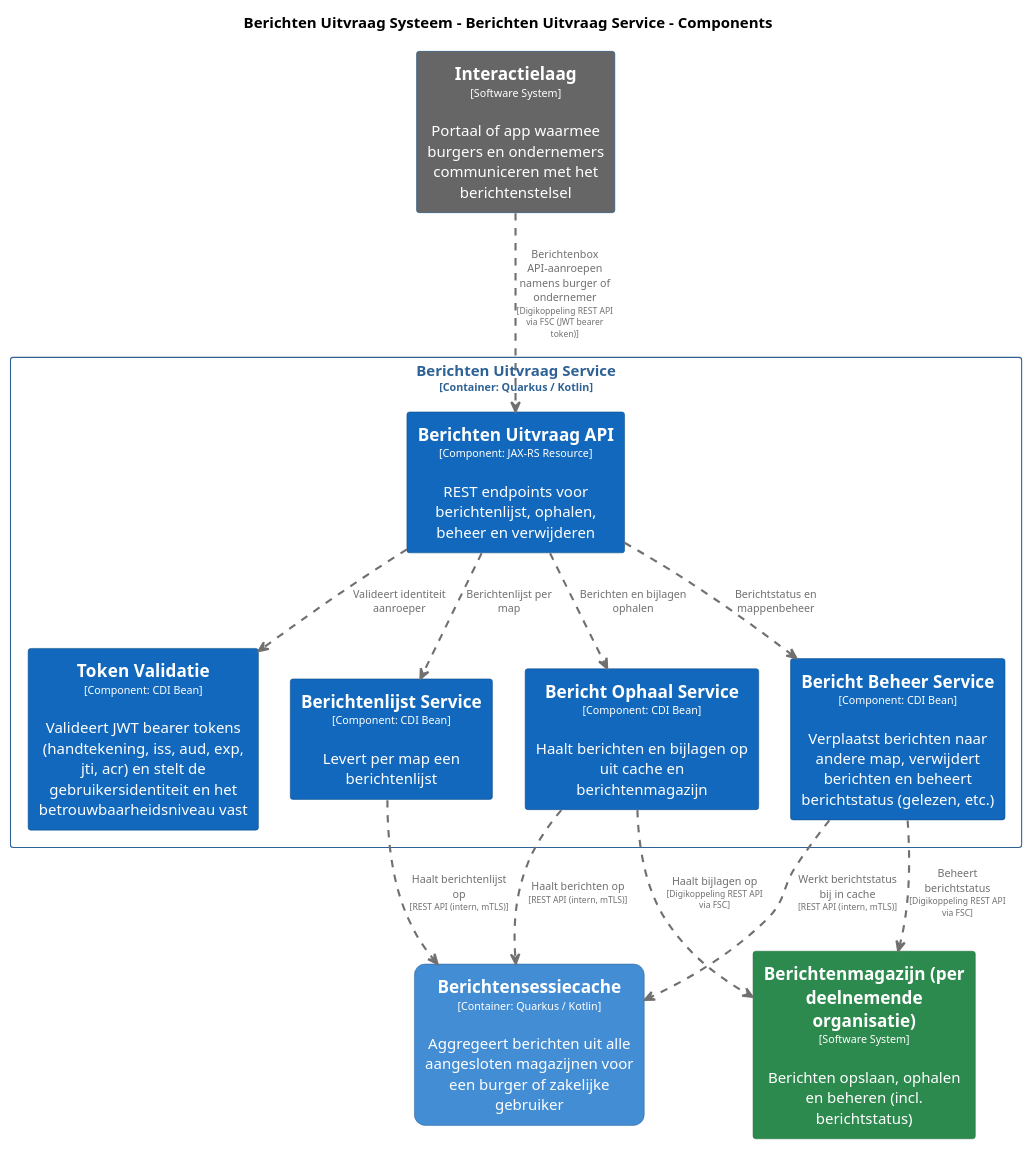
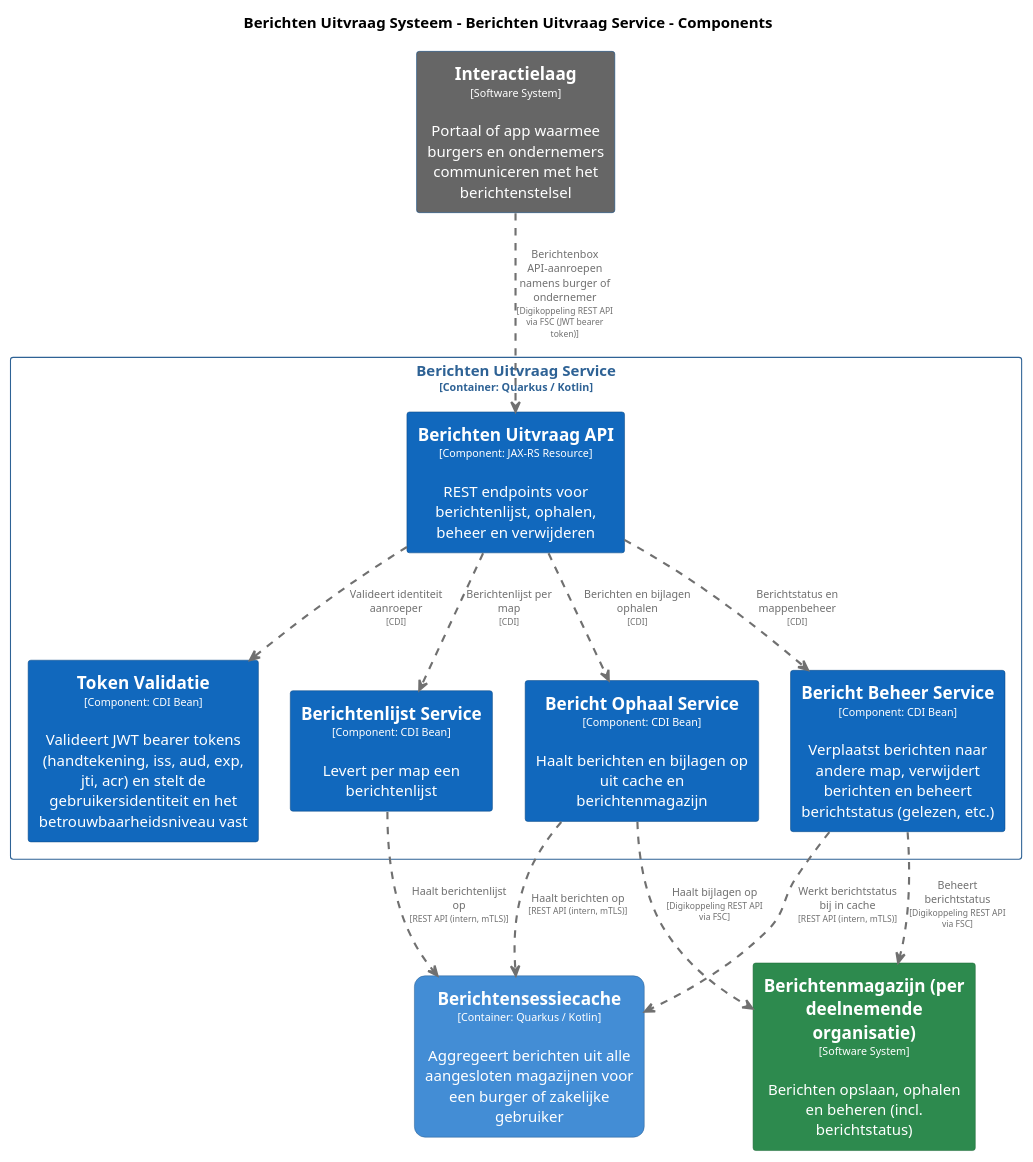
One commit to MinBZK/moza-poc-fbs-berichtenbox changed the diagram in pr-preview/pr-22/master/puml/BerichtenUitvraagServiceComponenten.puml. Above: the diagram before and after it, drawn with PlantUML. The commit also changed 30 other files, not shown here.

```diff
--- a/pr-preview/pr-22/master/puml/BerichtenUitvraagServiceComponenten.puml
+++ b/pr-preview/pr-22/master/puml/BerichtenUitvraagServiceComponenten.puml
@@ -1,95 +1,95 @@
 @startuml
 set separator none
 title Berichten Uitvraag Systeem - Berichten Uitvraag Service - Components
 
 top to bottom direction
 skinparam ranksep 60
 skinparam nodesep 30
 
 skinparam {
   arrowFontSize 10
   defaultTextAlignment center
   wrapWidth 200
   maxMessageSize 100
 }
 
 hide stereotype
 
 skinparam rectangle<<BerichtenUitvraagSysteem.BerichtenUitvraagService.BerichtBeheerService>> {
   BackgroundColor #1168bd
   FontColor #ffffff
   BorderColor #0b4884
   shadowing false
 }
 skinparam rectangle<<BerichtenUitvraagSysteem.BerichtenUitvraagService.BerichtOphaalService>> {
   BackgroundColor #1168bd
   FontColor #ffffff
   BorderColor #0b4884
   shadowing false
 }
 skinparam rectangle<<BerichtenUitvraagSysteem.BerichtenUitvraagService.BerichtenUitvraagAPI>> {
   BackgroundColor #1168bd
   FontColor #ffffff
   BorderColor #0b4884
   shadowing false
 }
 skinparam rectangle<<BerichtenUitvraagSysteem.BerichtenUitvraagService.BerichtenlijstService>> {
   BackgroundColor #1168bd
   FontColor #ffffff
   BorderColor #0b4884
   shadowing false
 }
 skinparam rectangle<<Berichtenmagazijnperdeelnemendeorganisatie>> {
   BackgroundColor #2d8a4e
   FontColor #ffffff
   BorderColor #1e6b38
   shadowing false
 }
 skinparam rectangle<<BerichtenUitvraagSysteem.Berichtensessiecache>> {
   BackgroundColor #438dd5
   FontColor #ffffff
   BorderColor #2e6295
   roundCorner 20
   shadowing false
 }
 skinparam rectangle<<Interactielaag>> {
   BackgroundColor #666666
   FontColor #ffffff
   BorderColor #0b4884
   shadowing false
 }
 skinparam rectangle<<BerichtenUitvraagSysteem.BerichtenUitvraagService.TokenValidatie>> {
   BackgroundColor #1168bd
   FontColor #ffffff
   BorderColor #0b4884
   shadowing false
 }
 skinparam rectangle<<BerichtenUitvraagSysteem.BerichtenUitvraagService>> {
   BorderColor #2e6295
   FontColor #2e6295
   shadowing false
 }
 
 rectangle "==Interactielaag\n<size:10>[Software System]</size>\n\nPortaal of app waarmee burgers en ondernemers communiceren met het berichtenstelsel" <<Interactielaag>> as Interactielaag
 rectangle "==Berichtenmagazijn (per deelnemende organisatie)\n<size:10>[Software System]</size>\n\nBerichten opslaan, ophalen en beheren (incl. berichtstatus)" <<Berichtenmagazijnperdeelnemendeorganisatie>> as Berichtenmagazijnperdeelnemendeorganisatie
 rectangle "==Berichtensessiecache\n<size:10>[Container: Quarkus / Kotlin]</size>\n\nAggregeert berichten uit alle aangesloten magazijnen voor een burger of zakelijke gebruiker" <<BerichtenUitvraagSysteem.Berichtensessiecache>> as BerichtenUitvraagSysteem.Berichtensessiecache
 
 rectangle "Berichten Uitvraag Service\n<size:10>[Container: Quarkus / Kotlin]</size>" <<BerichtenUitvraagSysteem.BerichtenUitvraagService>> {
   rectangle "==Berichten Uitvraag API\n<size:10>[Component: JAX-RS Resource]</size>\n\nREST endpoints voor berichtenlijst, ophalen, beheer en verwijderen" <<BerichtenUitvraagSysteem.BerichtenUitvraagService.BerichtenUitvraagAPI>> as BerichtenUitvraagSysteem.BerichtenUitvraagService.BerichtenUitvraagAPI
   rectangle "==Token Validatie\n<size:10>[Component: CDI Bean]</size>\n\nValideert JWT bearer tokens (handtekening, iss, aud, exp, jti, acr) en stelt de gebruikersidentiteit en het betrouwbaarheidsniveau vast" <<BerichtenUitvraagSysteem.BerichtenUitvraagService.TokenValidatie>> as BerichtenUitvraagSysteem.BerichtenUitvraagService.TokenValidatie
   rectangle "==Berichtenlijst Service\n<size:10>[Component: CDI Bean]</size>\n\nLevert per map een berichtenlijst" <<BerichtenUitvraagSysteem.BerichtenUitvraagService.BerichtenlijstService>> as BerichtenUitvraagSysteem.BerichtenUitvraagService.BerichtenlijstService
   rectangle "==Bericht Ophaal Service\n<size:10>[Component: CDI Bean]</size>\n\nHaalt berichten en bijlagen op uit cache en berichtenmagazijn" <<BerichtenUitvraagSysteem.BerichtenUitvraagService.BerichtOphaalService>> as BerichtenUitvraagSysteem.BerichtenUitvraagService.BerichtOphaalService
   rectangle "==Bericht Beheer Service\n<size:10>[Component: CDI Bean]</size>\n\nVerplaatst berichten naar andere map, verwijdert berichten en beheert berichtstatus (gelezen, etc.)" <<BerichtenUitvraagSysteem.BerichtenUitvraagService.BerichtBeheerService>> as BerichtenUitvraagSysteem.BerichtenUitvraagService.BerichtBeheerService
 }
 
-BerichtenUitvraagSysteem.BerichtenUitvraagService.BerichtenUitvraagAPI .[#707070,thickness=2].> BerichtenUitvraagSysteem.BerichtenUitvraagService.TokenValidatie : "<color:#707070>Valideert identiteit aanroeper"
-BerichtenUitvraagSysteem.BerichtenUitvraagService.BerichtenUitvraagAPI .[#707070,thickness=2].> BerichtenUitvraagSysteem.BerichtenUitvraagService.BerichtenlijstService : "<color:#707070>Berichtenlijst per map"
-BerichtenUitvraagSysteem.BerichtenUitvraagService.BerichtenUitvraagAPI .[#707070,thickness=2].> BerichtenUitvraagSysteem.BerichtenUitvraagService.BerichtOphaalService : "<color:#707070>Berichten en bijlagen ophalen"
-BerichtenUitvraagSysteem.BerichtenUitvraagService.BerichtenUitvraagAPI .[#707070,thickness=2].> BerichtenUitvraagSysteem.BerichtenUitvraagService.BerichtBeheerService : "<color:#707070>Berichtstatus en mappenbeheer"
+BerichtenUitvraagSysteem.BerichtenUitvraagService.BerichtenUitvraagAPI .[#707070,thickness=2].> BerichtenUitvraagSysteem.BerichtenUitvraagService.TokenValidatie : "<color:#707070>Valideert identiteit aanroeper\n<color:#707070><size:8>[CDI]</size>"
+BerichtenUitvraagSysteem.BerichtenUitvraagService.BerichtenUitvraagAPI .[#707070,thickness=2].> BerichtenUitvraagSysteem.BerichtenUitvraagService.BerichtenlijstService : "<color:#707070>Berichtenlijst per map\n<color:#707070><size:8>[CDI]</size>"
+BerichtenUitvraagSysteem.BerichtenUitvraagService.BerichtenUitvraagAPI .[#707070,thickness=2].> BerichtenUitvraagSysteem.BerichtenUitvraagService.BerichtOphaalService : "<color:#707070>Berichten en bijlagen ophalen\n<color:#707070><size:8>[CDI]</size>"
+BerichtenUitvraagSysteem.BerichtenUitvraagService.BerichtenUitvraagAPI .[#707070,thickness=2].> BerichtenUitvraagSysteem.BerichtenUitvraagService.BerichtBeheerService : "<color:#707070>Berichtstatus en mappenbeheer\n<color:#707070><size:8>[CDI]</size>"
 BerichtenUitvraagSysteem.BerichtenUitvraagService.BerichtOphaalService .[#707070,thickness=2].> BerichtenUitvraagSysteem.Berichtensessiecache : "<color:#707070>Haalt berichten op\n<color:#707070><size:8>[REST API (intern, mTLS)]</size>"
 BerichtenUitvraagSysteem.BerichtenUitvraagService.BerichtenlijstService .[#707070,thickness=2].> BerichtenUitvraagSysteem.Berichtensessiecache : "<color:#707070>Haalt berichtenlijst op\n<color:#707070><size:8>[REST API (intern, mTLS)]</size>"
 BerichtenUitvraagSysteem.BerichtenUitvraagService.BerichtBeheerService .[#707070,thickness=2].> BerichtenUitvraagSysteem.Berichtensessiecache : "<color:#707070>Werkt berichtstatus bij in cache\n<color:#707070><size:8>[REST API (intern, mTLS)]</size>"
 Interactielaag .[#707070,thickness=2].> BerichtenUitvraagSysteem.BerichtenUitvraagService.BerichtenUitvraagAPI : "<color:#707070>Berichtenbox API-aanroepen namens burger of ondernemer\n<color:#707070><size:8>[Digikoppeling REST API via FSC (JWT bearer token)]</size>"
 BerichtenUitvraagSysteem.BerichtenUitvraagService.BerichtOphaalService .[#707070,thickness=2].> Berichtenmagazijnperdeelnemendeorganisatie : "<color:#707070>Haalt bijlagen op\n<color:#707070><size:8>[Digikoppeling REST API via FSC]</size>"
 BerichtenUitvraagSysteem.BerichtenUitvraagService.BerichtBeheerService .[#707070,thickness=2].> Berichtenmagazijnperdeelnemendeorganisatie : "<color:#707070>Beheert berichtstatus\n<color:#707070><size:8>[Digikoppeling REST API via FSC]</size>"
 @enduml
```
